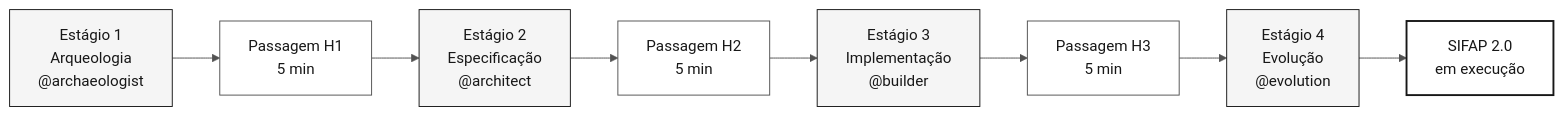
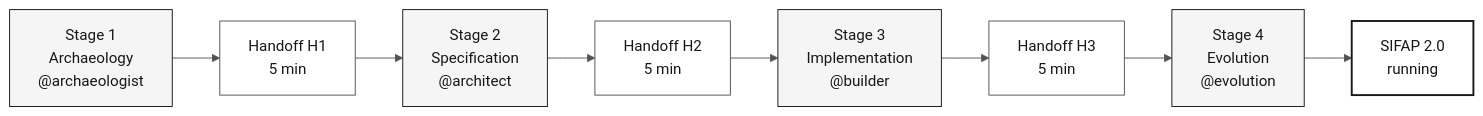
The first of 2 diagrams in 00-SITEMAP.md (paulasilvatech/datacorp-mm-team-kit), drawn with Mermaid before and after one commit. The commit also changed other lines of this file and 169 other files, not shown here.

````diff
--- a/00-SITEMAP.md
+++ b/00-SITEMAP.md
@@ -15,18 +15,18 @@
 ```mermaid
 %%{init: {'theme':'neutral','themeVariables':{'fontFamily':'ui-sans-serif, system-ui, sans-serif','primaryColor':'#F5F5F5','primaryTextColor':'#171717','primaryBorderColor':'#171717','lineColor':'#525252','secondaryColor':'#FFFFFF','tertiaryColor':'#FAFAFA','background':'#FFFFFF'}}}%%
 flowchart LR
     classDef step fill:#F5F5F5,stroke:#171717,color:#171717
     classDef handoff fill:#FFFFFF,stroke:#525252,color:#171717
     classDef result fill:#FFFFFF,stroke:#171717,color:#171717,stroke-width:2px
 
-    E1["Estágio 1<br/>Arqueologia<br/>@archaeologist"]:::step
-    H1["Passagem H1<br/>5 min"]:::handoff
-    E2["Estágio 2<br/>Especificação<br/>@architect"]:::step
-    H2["Passagem H2<br/>5 min"]:::handoff
-    E3["Estágio 3<br/>Implementação<br/>@builder"]:::step
-    H3["Passagem H3<br/>5 min"]:::handoff
-    E4["Estágio 4<br/>Evolução<br/>@evolution"]:::step
-    R["SIFAP 2.0<br/>em execução"]:::result
+    E1["Stage 1<br/>Archaeology<br/>@archaeologist"]:::step
+    H1["Handoff H1<br/>5 min"]:::handoff
+    E2["Stage 2<br/>Specification<br/>@architect"]:::step
+    H2["Handoff H2<br/>5 min"]:::handoff
+    E3["Stage 3<br/>Implementation<br/>@builder"]:::step
+    H3["Handoff H3<br/>5 min"]:::handoff
+    E4["Stage 4<br/>Evolution<br/>@evolution"]:::step
+    R["SIFAP 2.0<br/>running"]:::result
 
     E1 --> H1 --> E2 --> H2 --> E3 --> H3 --> E4 --> R
 ```
````
